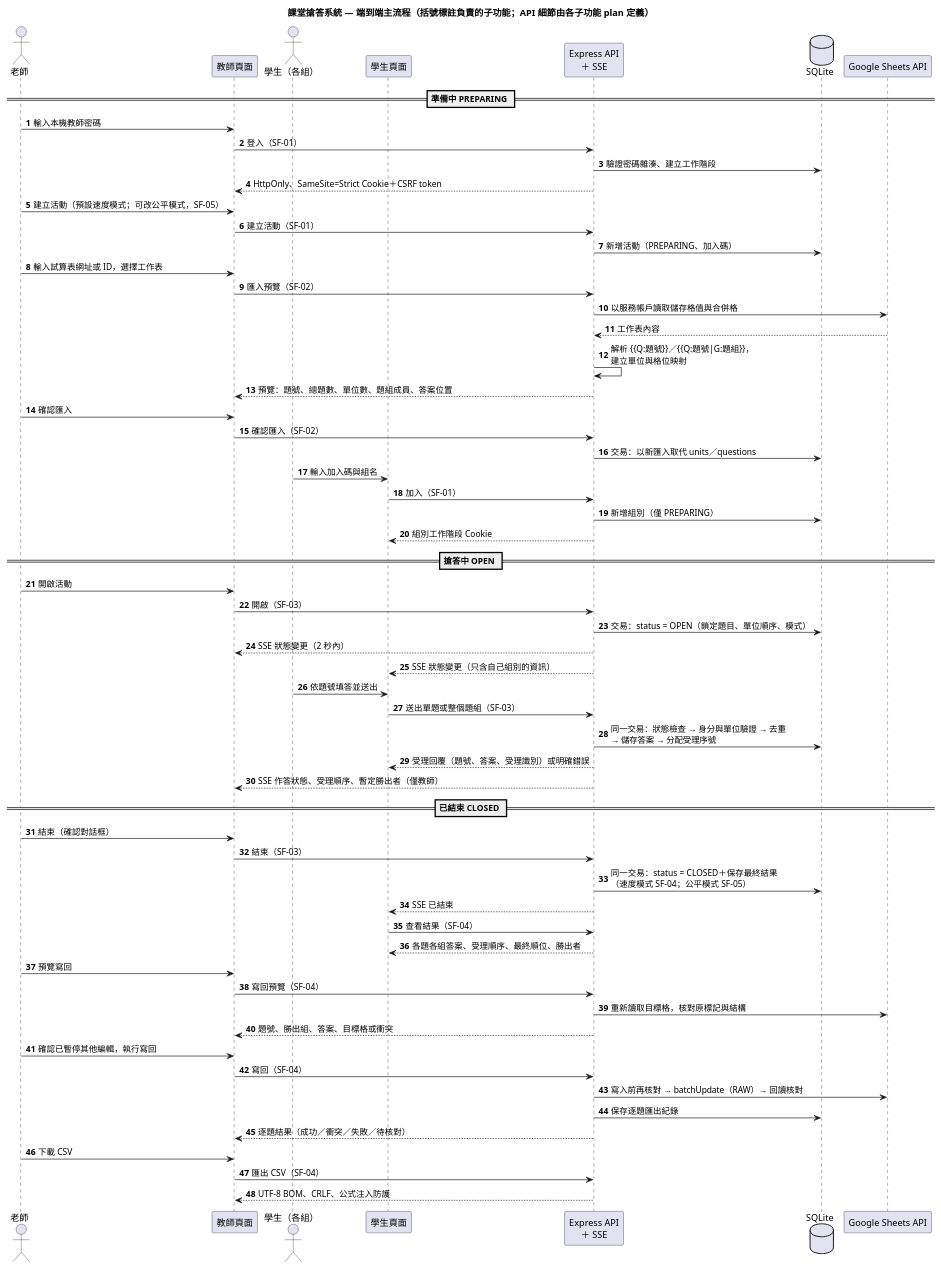
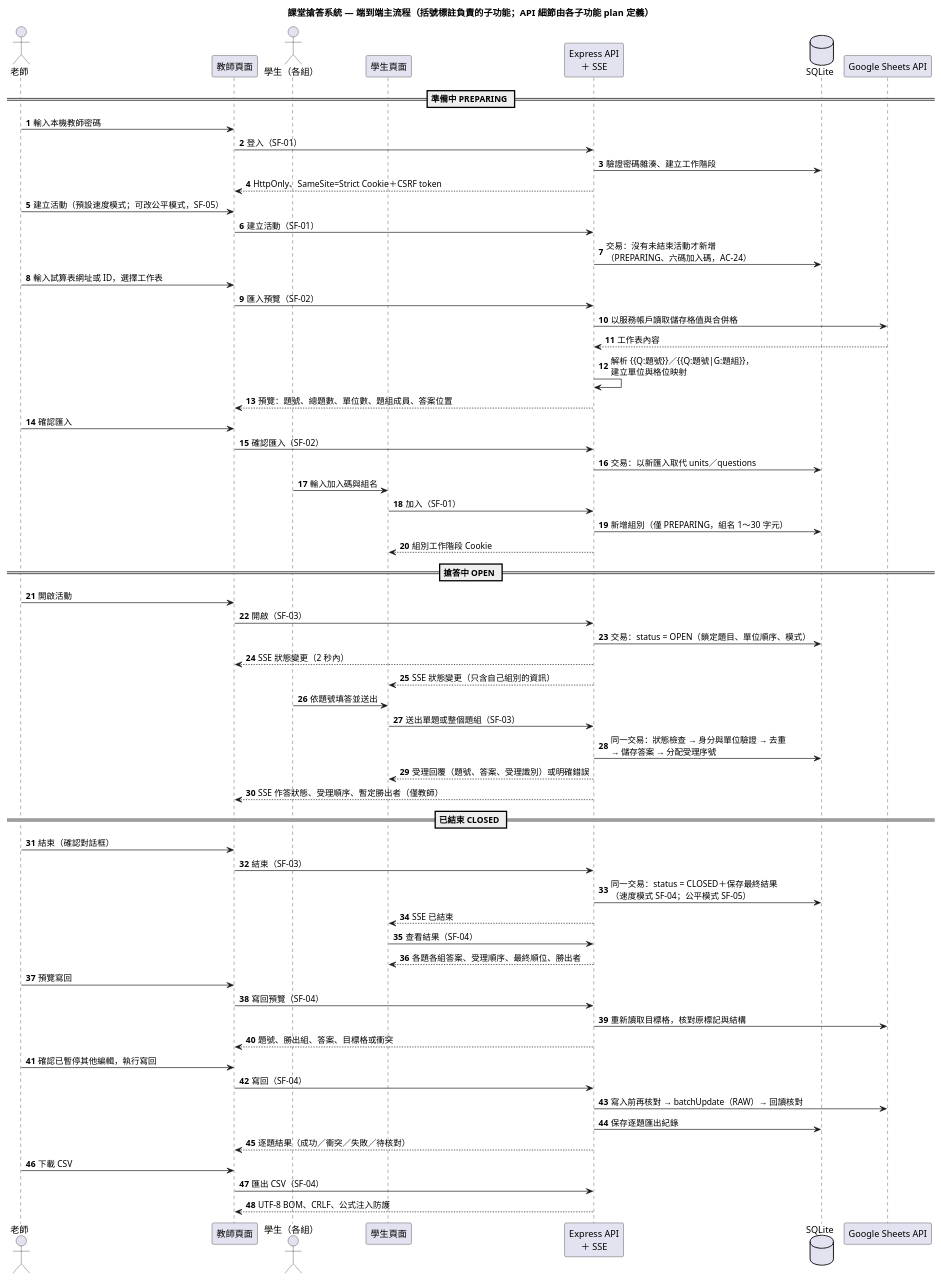
Before and after one commit to tom1030507/classroom-buzzer-system-speckit: the diagram in diagrams/system-sequence.puml, drawn with PlantUML. The commit also changed 8 other files, not shown here.

Commit message:
docs(diagrams): show the AC-24 limits in SF-01 and system diagrams

```diff
--- a/diagrams/system-sequence.puml
+++ b/diagrams/system-sequence.puml
@@ -1,69 +1,69 @@
 @startuml system-sequence
 title 課堂搶答系統 — 端到端主流程（括號標註負責的子功能；API 細節由各子功能 plan 定義）
 skinparam shadowing false
 skinparam sequenceMessageAlign left
 skinparam wrapWidth 300
 autonumber
 
 actor "老師" as Teacher
 participant "教師頁面" as TeacherUI
 actor "學生（各組）" as Student
 participant "學生頁面" as StudentUI
 participant "Express API\n＋ SSE" as Api
 database "SQLite" as Db
 participant "Google Sheets API" as Sheets
 
 == 準備中 PREPARING ==
 Teacher -> TeacherUI : 輸入本機教師密碼
 TeacherUI -> Api : 登入（SF-01）
 Api -> Db : 驗證密碼雜湊、建立工作階段
 Api --> TeacherUI : HttpOnly、SameSite=Strict Cookie＋CSRF token
 Teacher -> TeacherUI : 建立活動（預設速度模式；可改公平模式，SF-05）
 TeacherUI -> Api : 建立活動（SF-01）
-Api -> Db : 新增活動（PREPARING、加入碼）
+Api -> Db : 交易：沒有未結束活動才新增\n（PREPARING、六碼加入碼，AC-24）
 Teacher -> TeacherUI : 輸入試算表網址或 ID，選擇工作表
 TeacherUI -> Api : 匯入預覽（SF-02）
 Api -> Sheets : 以服務帳戶讀取儲存格值與合併格
 Sheets --> Api : 工作表內容
 Api -> Api : 解析 {{Q:題號}}／{{Q:題號|G:題組}}，\n建立單位與格位映射
 Api --> TeacherUI : 預覽：題號、總題數、單位數、題組成員、答案位置
 Teacher -> TeacherUI : 確認匯入
 TeacherUI -> Api : 確認匯入（SF-02）
 Api -> Db : 交易：以新匯入取代 units／questions
 Student -> StudentUI : 輸入加入碼與組名
 StudentUI -> Api : 加入（SF-01）
-Api -> Db : 新增組別（僅 PREPARING）
+Api -> Db : 新增組別（僅 PREPARING，組名 1～30 字元）
 Api --> StudentUI : 組別工作階段 Cookie
 
 == 搶答中 OPEN ==
 Teacher -> TeacherUI : 開啟活動
 TeacherUI -> Api : 開啟（SF-03）
 Api -> Db : 交易：status = OPEN（鎖定題目、單位順序、模式）
 Api --> TeacherUI : SSE 狀態變更（2 秒內）
 Api --> StudentUI : SSE 狀態變更（只含自己組別的資訊）
 Student -> StudentUI : 依題號填答並送出
 StudentUI -> Api : 送出單題或整個題組（SF-03）
 Api -> Db : 同一交易：狀態檢查 → 身分與單位驗證 → 去重\n→ 儲存答案 → 分配受理序號
 Api --> StudentUI : 受理回覆（題號、答案、受理識別）或明確錯誤
 Api --> TeacherUI : SSE 作答狀態、受理順序、暫定勝出者（僅教師）
 
 == 已結束 CLOSED ==
 Teacher -> TeacherUI : 結束（確認對話框）
 TeacherUI -> Api : 結束（SF-03）
 Api -> Db : 同一交易：status = CLOSED＋保存最終結果\n（速度模式 SF-04；公平模式 SF-05）
 Api --> StudentUI : SSE 已結束
 StudentUI -> Api : 查看結果（SF-04）
 Api --> StudentUI : 各題各組答案、受理順序、最終順位、勝出者
 Teacher -> TeacherUI : 預覽寫回
 TeacherUI -> Api : 寫回預覽（SF-04）
 Api -> Sheets : 重新讀取目標格，核對原標記與結構
 Api --> TeacherUI : 題號、勝出組、答案、目標格或衝突
 Teacher -> TeacherUI : 確認已暫停其他編輯，執行寫回
 TeacherUI -> Api : 寫回（SF-04）
 Api -> Sheets : 寫入前再核對 → batchUpdate（RAW）→ 回讀核對
 Api -> Db : 保存逐題匯出紀錄
 Api --> TeacherUI : 逐題結果（成功／衝突／失敗／待核對）
 Teacher -> TeacherUI : 下載 CSV
 TeacherUI -> Api : 匯出 CSV（SF-04）
 Api --> TeacherUI : UTF-8 BOM、CRLF、公式注入防護
 @enduml
```
